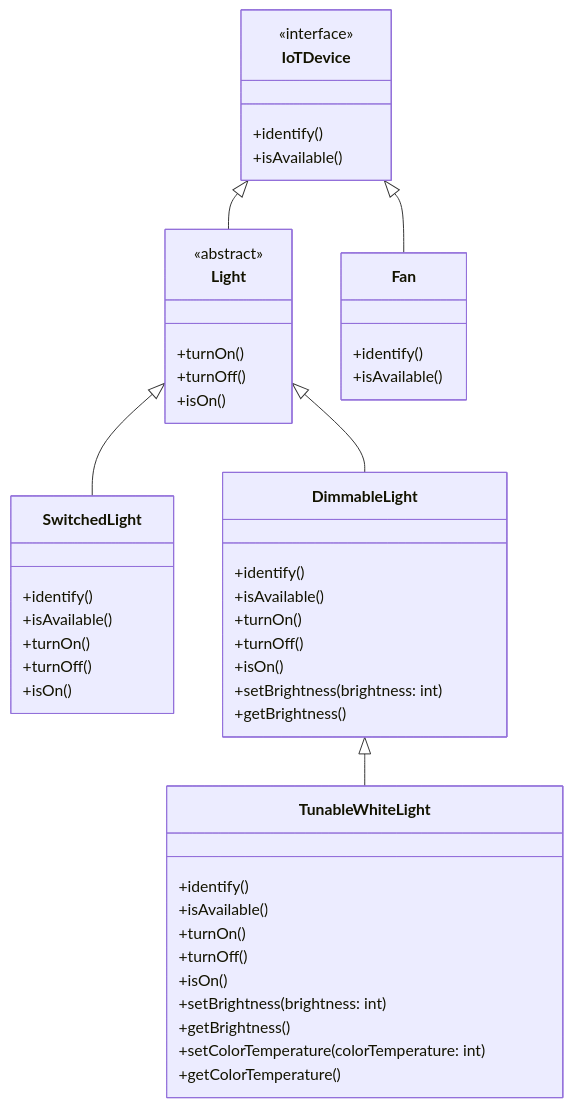
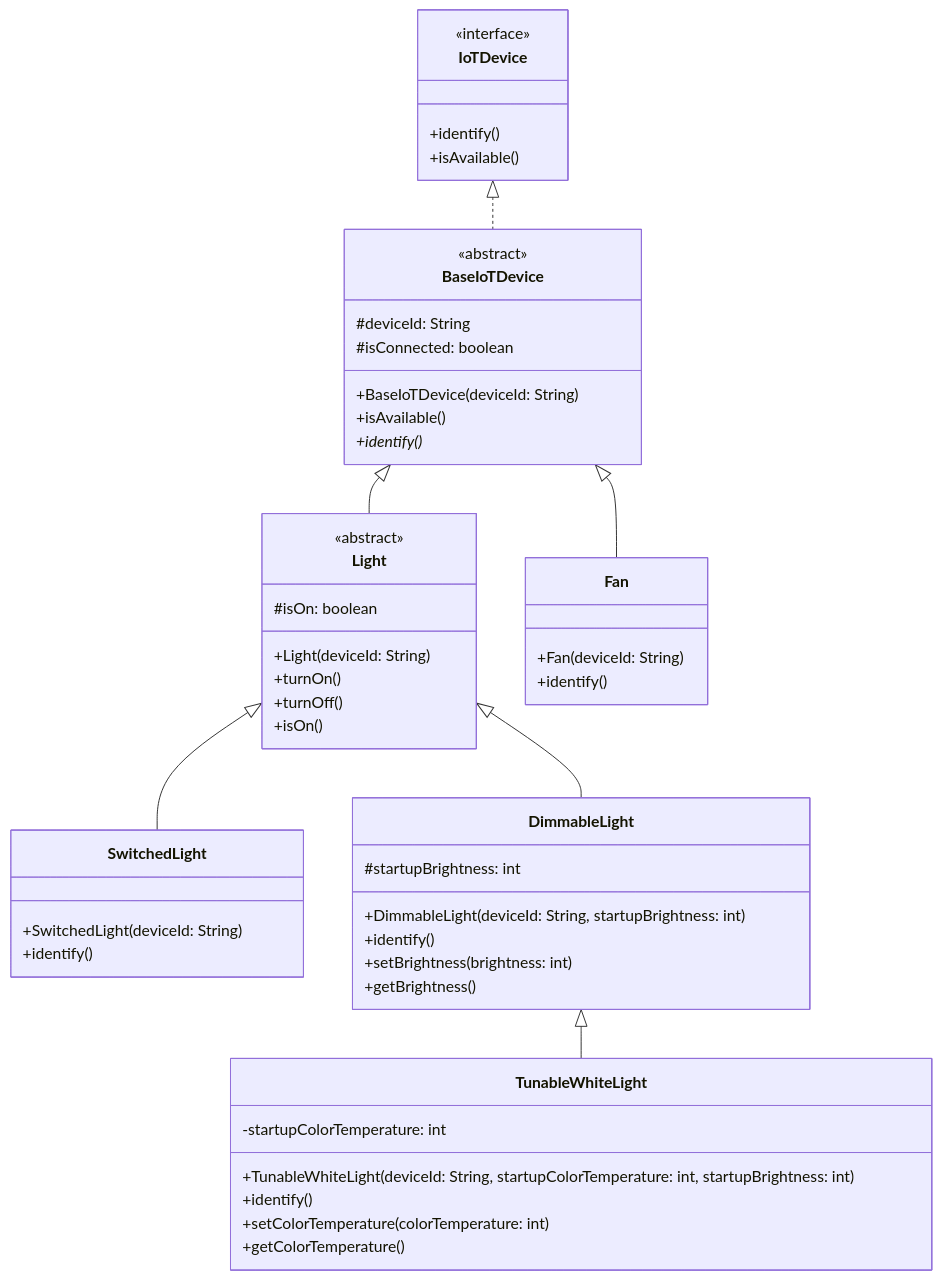
One commit to neu-pdi/cs3100-public-resources changed the first of 2 diagrams in lecture-notes/l2-data-in-jvm.md. Above: the diagram before and after it, drawn with Mermaid. The commit also changed other lines of this file, not shown here.

````diff
--- a/lecture-notes/l2-data-in-jvm.md
+++ b/lecture-notes/l2-data-in-jvm.md
@@ -37,52 +38,54 @@
 ```mermaid
 classDiagram
 class IoTDevice {
     <<interface>>
     +identify()
     +isAvailable()
 }
+class BaseIoTDevice {
+    <<abstract>>
+    #deviceId: String
+    #isConnected: boolean
+    +BaseIoTDevice(deviceId: String)
+    +isAvailable()
+    +identify()*
+}
 class Light {
     <<abstract>>
+    #isOn: boolean
+    +Light(deviceId: String)
     +turnOn()
     +turnOff()
     +isOn()
 }
 class Fan {
+    +Fan(deviceId: String)
     +identify()
-    +isAvailable()
 }
 class SwitchedLight {
+    +SwitchedLight(deviceId: String)
     +identify()
-    +isAvailable()
-    +turnOn()
-    +turnOff()
-    +isOn()
 }
 
 class DimmableLight {
+    #startupBrightness: int
+    +DimmableLight(deviceId: String, startupBrightness: int)
     +identify()
-    +isAvailable()
-    +turnOn()
-    +turnOff()
-    +isOn()
     +setBrightness(brightness: int)
     +getBrightness()
 }
 
 class TunableWhiteLight {
+    -startupColorTemperature: int
+    +TunableWhiteLight(deviceId: String, startupColorTemperature: int, startupBrightness: int)
     +identify()
-    +isAvailable()
-    +turnOn()
-    +turnOff()
-    +isOn()
-    +setBrightness(brightness: int)
-    +getBrightness()
     +setColorTemperature(colorTemperature: int)
     +getColorTemperature()
 }
-IoTDevice <|-- Light
+IoTDevice <|.. BaseIoTDevice
+BaseIoTDevice <|-- Light
+BaseIoTDevice <|-- Fan
 Light <|-- SwitchedLight
 Light <|-- DimmableLight
 DimmableLight <|-- TunableWhiteLight
-IoTDevice <|-- Fan
 ```
````
